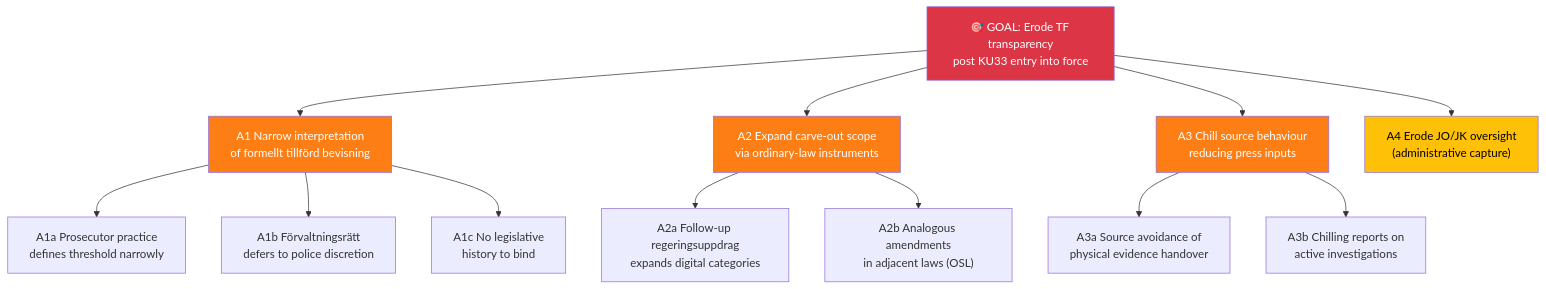
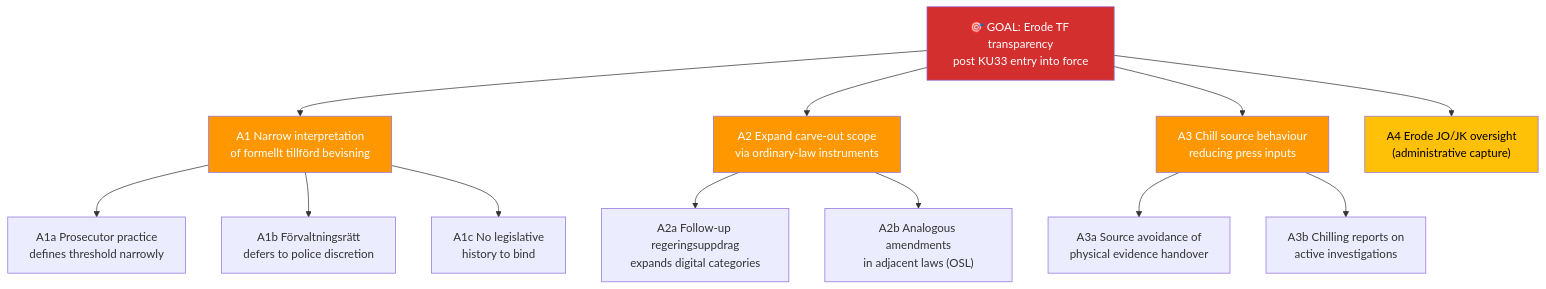
The first of 4 diagrams in analysis/daily/2026-04-17/realtime-1434/threat-analysis.md (Hack23/riksdagsmonitor), drawn with Mermaid before and after one commit. The commit also changed other lines of this file and 785 other files, not shown here.

First line of the commit message:
Normalize mermaid colors across 786 analysis artifacts to ISMS Style Guide palette

````diff
--- a/analysis/daily/2026-04-17/realtime-1434/threat-analysis.md
+++ b/analysis/daily/2026-04-17/realtime-1434/threat-analysis.md
@@ -15,36 +15,36 @@
 ```mermaid
 graph TD
     GOAL["🎯 GOAL: Erode TF transparency<br/>post KU33 entry into force"]
     A1["A1 Narrow interpretation<br/>of formellt tillförd bevisning"]
     A2["A2 Expand carve-out scope<br/>via ordinary-law instruments"]
     A3["A3 Chill source behaviour<br/>reducing press inputs"]
     A4["A4 Erode JO/JK oversight<br/>(administrative capture)"]
 
     A1a["A1a Prosecutor practice<br/>defines threshold narrowly"]
     A1b["A1b Förvaltningsrätt<br/>defers to police discretion"]
     A1c["A1c No legislative<br/>history to bind"]
 
     A2a["A2a Follow-up regeringsuppdrag<br/>expands digital categories"]
     A2b["A2b Analogous amendments<br/>in adjacent laws (OSL)"]
 
     A3a["A3a Source avoidance of<br/>physical evidence handover"]
     A3b["A3b Chilling reports on<br/>active investigations"]
 
     GOAL --> A1
     GOAL --> A2
     GOAL --> A3
     GOAL --> A4
     A1 --> A1a
     A1 --> A1b
     A1 --> A1c
     A2 --> A2a
     A2 --> A2b
     A3 --> A3a
     A3 --> A3b
 
-    style GOAL fill:#dc3545,color:#fff
-    style A1 fill:#fd7e14,color:#fff
-    style A2 fill:#fd7e14,color:#fff
-    style A3 fill:#fd7e14,color:#fff
-    style A4 fill:#ffc107,color:#000
+    style GOAL fill:#D32F2F,color:#FFFFFF
+    style A1 fill:#FF9800,color:#FFFFFF
+    style A2 fill:#FF9800,color:#FFFFFF
+    style A3 fill:#FF9800,color:#FFFFFF
+    style A4 fill:#FFC107,color:#000000
 ```
````
